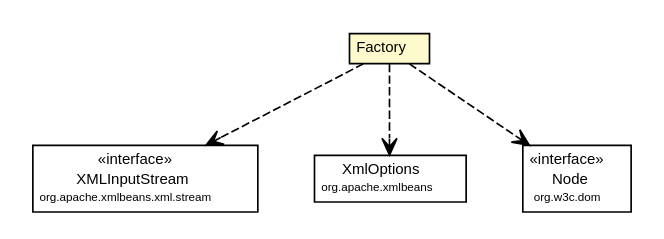
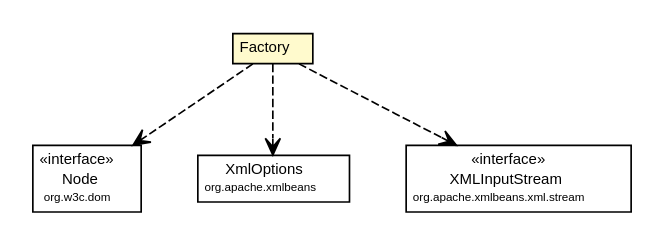
The diagram in site/apidocs/org/synchronoss/cpo/cassandra/cpoCassandraConfig/CtCassandraConfig.Factory.dot (synchronoss/cpo-api), drawn with Graphviz before and after one commit. The commit also changed 889 other files, not shown here.

```diff
--- a/site/apidocs/org/synchronoss/cpo/cassandra/cpoCassandraConfig/CtCassandraConfig.Factory.dot
+++ b/site/apidocs/org/synchronoss/cpo/cassandra/cpoCassandraConfig/CtCassandraConfig.Factory.dot
@@ -1,45 +1,45 @@
 #!/usr/local/bin/dot
 #
 # Class diagram 
 # Generated by UmlGraph version 4.6 (http://www.spinellis.gr/sw/umlgraph)
 #
 
 digraph G {
 	edge [fontname="Helvetica",fontsize=10,labelfontname="Helvetica",labelfontsize=10];
 	node [fontname="Helvetica",fontsize=10,shape=plaintext];
 	// org.synchronoss.cpo.cassandra.cpoCassandraConfig.CtCassandraConfig.Factory
 	c51882 [label=<<table border="0" cellborder="1" cellspacing="0" cellpadding="2" port="p" bgcolor="lemonChiffon" href="./CtCassandraConfig.Factory.html">
 		<tr><td><table border="0" cellspacing="0" cellpadding="1">
 			<tr><td> Factory </td></tr>
 		</table></td></tr>
 		</table>>, fontname="Helvetica", fontcolor="black", fontsize=9.0];
-	// org.synchronoss.cpo.cassandra.cpoCassandraConfig.CtCassandraConfig.Factory DEPEND org.apache.xmlbeans.xml.stream.XMLInputStream
+	// org.synchronoss.cpo.cassandra.cpoCassandraConfig.CtCassandraConfig.Factory DEPEND org.w3c.dom.Node
 	c51882:p -> c51893:p [taillabel="", label="", headlabel="", fontname="Helvetica", fontcolor="black", fontsize=10.0, color="black", arrowhead=open, style=dashed];
 	// org.synchronoss.cpo.cassandra.cpoCassandraConfig.CtCassandraConfig.Factory DEPEND org.apache.xmlbeans.XmlOptions
 	c51882:p -> c51894:p [taillabel="", label="", headlabel="", fontname="Helvetica", fontcolor="black", fontsize=10.0, color="black", arrowhead=open, style=dashed];
-	// org.synchronoss.cpo.cassandra.cpoCassandraConfig.CtCassandraConfig.Factory DEPEND org.w3c.dom.Node
+	// org.synchronoss.cpo.cassandra.cpoCassandraConfig.CtCassandraConfig.Factory DEPEND org.apache.xmlbeans.xml.stream.XMLInputStream
 	c51882:p -> c51895:p [taillabel="", label="", headlabel="", fontname="Helvetica", fontcolor="black", fontsize=10.0, color="black", arrowhead=open, style=dashed];
 	// org.apache.xmlbeans.xml.stream.XMLInputStream
-	c51893 [label=<<table border="0" cellborder="1" cellspacing="0" cellpadding="2" port="p" href="http://java.sun.com/j2se/1.4.2/docs/api/org/apache/xmlbeans/xml/stream/XMLInputStream.html">
+	c51895 [label=<<table border="0" cellborder="1" cellspacing="0" cellpadding="2" port="p" href="http://java.sun.com/j2se/1.4.2/docs/api/org/apache/xmlbeans/xml/stream/XMLInputStream.html">
 		<tr><td><table border="0" cellspacing="0" cellpadding="1">
 			<tr><td> &laquo;interface&raquo; </td></tr>
 			<tr><td> XMLInputStream </td></tr>
 			<tr><td><font point-size="7.0"> org.apache.xmlbeans.xml.stream </font></td></tr>
 		</table></td></tr>
 		</table>>, fontname="Helvetica", fontcolor="black", fontsize=9.0];
 	// org.apache.xmlbeans.XmlOptions
 	c51894 [label=<<table border="0" cellborder="1" cellspacing="0" cellpadding="2" port="p" href="http://java.sun.com/j2se/1.4.2/docs/api/org/apache/xmlbeans/XmlOptions.html">
 		<tr><td><table border="0" cellspacing="0" cellpadding="1">
 			<tr><td> XmlOptions </td></tr>
 			<tr><td><font point-size="7.0"> org.apache.xmlbeans </font></td></tr>
 		</table></td></tr>
 		</table>>, fontname="Helvetica", fontcolor="black", fontsize=9.0];
 	// org.w3c.dom.Node
-	c51895 [label=<<table border="0" cellborder="1" cellspacing="0" cellpadding="2" port="p" href="http://java.sun.com/j2se/1.4.2/docs/api/org/w3c/dom/Node.html">
+	c51893 [label=<<table border="0" cellborder="1" cellspacing="0" cellpadding="2" port="p" href="http://java.sun.com/j2se/1.4.2/docs/api/org/w3c/dom/Node.html">
 		<tr><td><table border="0" cellspacing="0" cellpadding="1">
 			<tr><td> &laquo;interface&raquo; </td></tr>
 			<tr><td> Node </td></tr>
 			<tr><td><font point-size="7.0"> org.w3c.dom </font></td></tr>
 		</table></td></tr>
 		</table>>, fontname="Helvetica", fontcolor="black", fontsize=9.0];
 }
```
